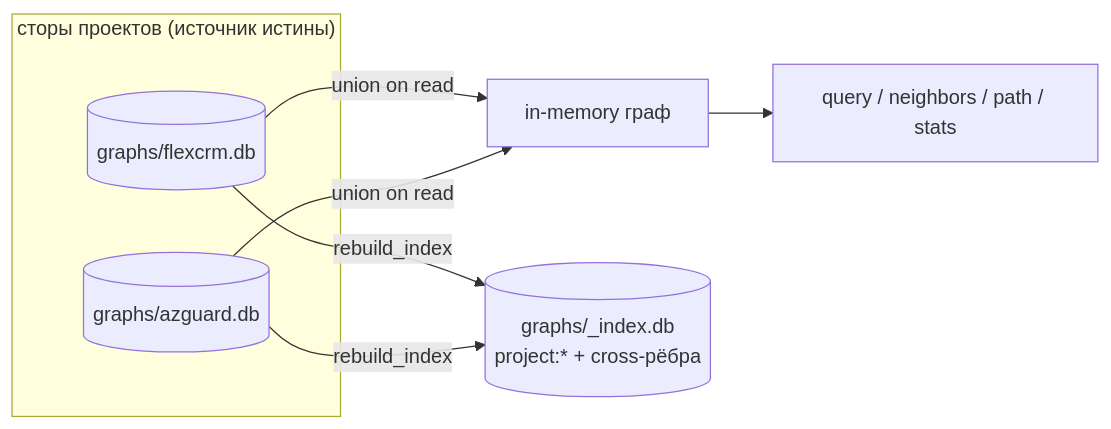
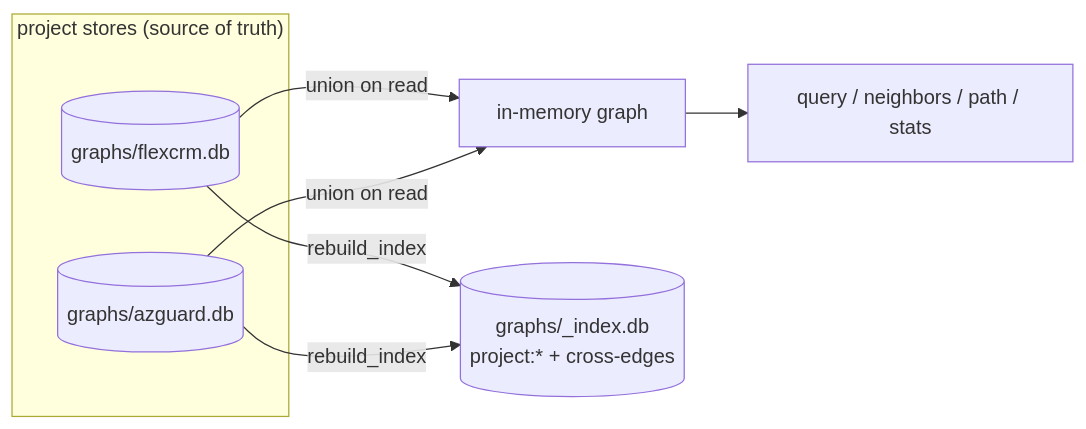
The diagram in packages/maind/docs/guide/federation.md (academici/swissknifeman), drawn with Mermaid before and after one commit. The commit also changed other lines of this file and 1553 other files, not shown here.

````diff
--- a/packages/maind/docs/guide/federation.md
+++ b/packages/maind/docs/guide/federation.md
@@ -21,10 +21,10 @@
 ```mermaid
 flowchart LR
-  subgraph stores["сторы проектов (источник истины)"]
+  subgraph stores["project stores (source of truth)"]
     A[("graphs/flexcrm.db")]
     B[("graphs/azguard.db")]
   end
-  A & B -->|union on read| U["in-memory граф"]
-  A & B -->|rebuild_index| I[("graphs/_index.db<br/>project:* + cross-рёбра")]
+  A & B -->|union on read| U["in-memory graph"]
+  A & B -->|rebuild_index| I[("graphs/_index.db<br/>project:* + cross-edges")]
   U --> Q["query / neighbors / path / stats"]
 ```
````
